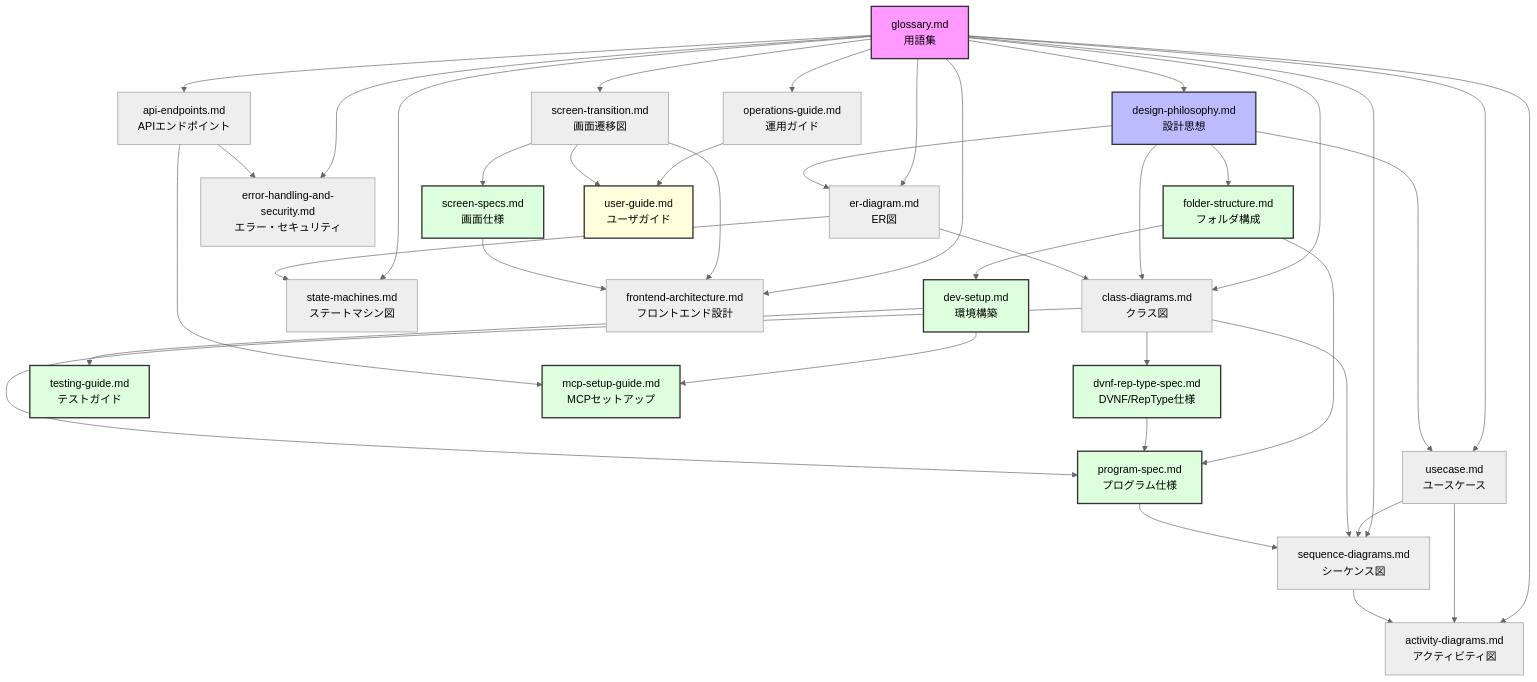
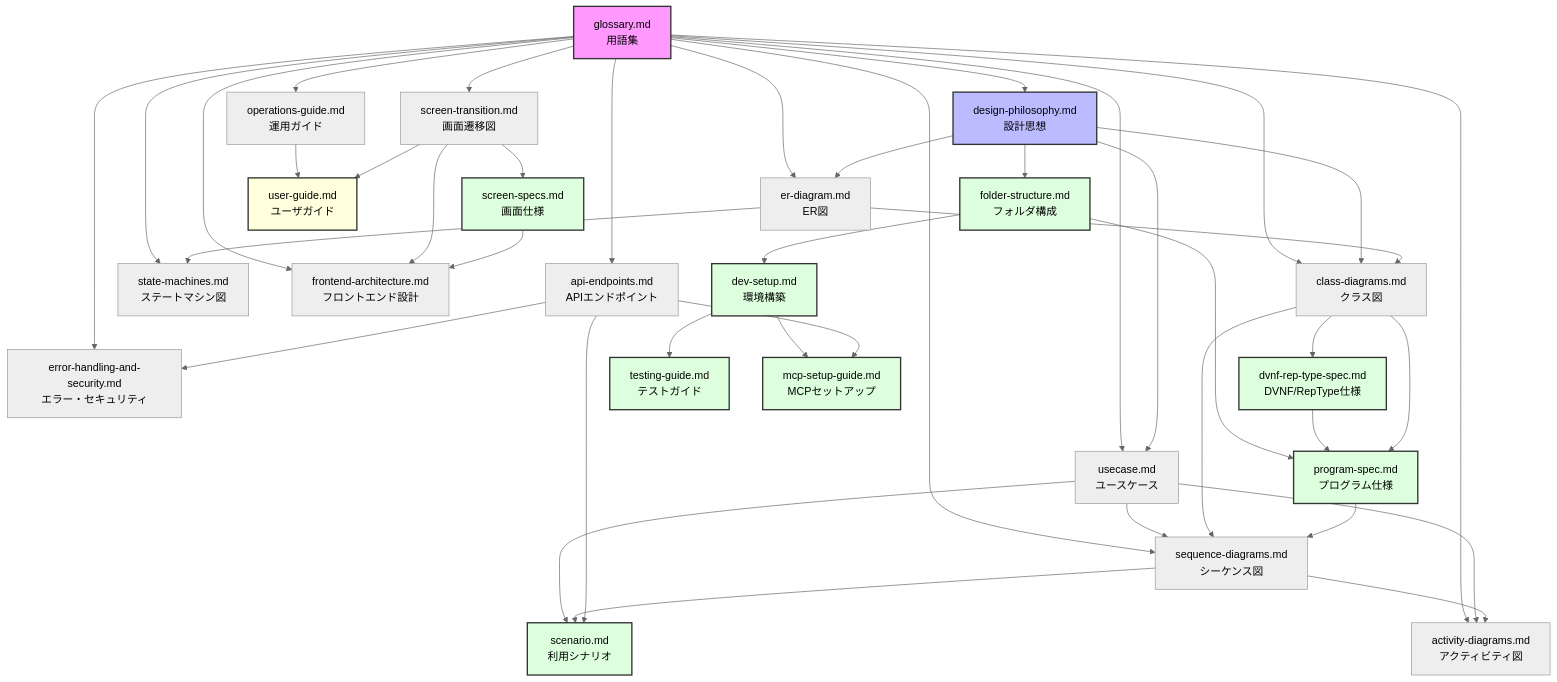
The diagram in documents/reverse/README.md (mt3hr/gkill), drawn with Mermaid (neutral theme) before and after one commit. The commit also changed other lines of this file and 313 other files, not shown here.

````diff
--- a/documents/reverse/README.md
+++ b/documents/reverse/README.md
@@ -77,58 +79,62 @@
 ```mermaid
 graph TD
     A[glossary.md<br/>用語集] --> B[design-philosophy.md<br/>設計思想]
     A --> C[usecase.md<br/>ユースケース]
     A --> D[er-diagram.md<br/>ER図]
     A --> E[class-diagrams.md<br/>クラス図]
     A --> F[sequence-diagrams.md<br/>シーケンス図]
     A --> G[activity-diagrams.md<br/>アクティビティ図]
     A --> H[state-machines.md<br/>ステートマシン図]
     A --> I[screen-transition.md<br/>画面遷移図]
     A --> J[frontend-architecture.md<br/>フロントエンド設計]
     A --> K[api-endpoints.md<br/>APIエンドポイント]
     A --> L[error-handling-and-security.md<br/>エラー・セキュリティ]
     A --> M[operations-guide.md<br/>運用ガイド]
 
     B --> C
     B --> D
     B --> E
     B --> N[folder-structure.md<br/>フォルダ構成]
 
     C --> F
     C --> G
+    C --> V[scenario.md<br/>利用シナリオ]
+    F --> V
+    K --> V
 
     D --> E
     E --> F
     E --> O[dvnf-rep-type-spec.md<br/>DVNF/RepType仕様]
     F --> G
 
     D --> H
 
     I --> J
     I --> P[screen-specs.md<br/>画面仕様]
     P --> J
     K --> L
 
     N --> Q[dev-setup.md<br/>環境構築]
     Q --> T[testing-guide.md<br/>テストガイド]
     Q --> U[mcp-setup-guide.md<br/>MCPセットアップ]
     K --> U
     N --> R[program-spec.md<br/>プログラム仕様]
     O --> R
     E --> R
     R --> F
 
     M --> S[user-guide.md<br/>ユーザガイド]
     I --> S
 
     style A fill:#f9f,stroke:#333,stroke-width:2px
     style B fill:#bbf,stroke:#333,stroke-width:2px
     style N fill:#dfd,stroke:#333,stroke-width:2px
     style O fill:#dfd,stroke:#333,stroke-width:2px
     style P fill:#dfd,stroke:#333,stroke-width:2px
     style Q fill:#dfd,stroke:#333,stroke-width:2px
     style R fill:#dfd,stroke:#333,stroke-width:2px
     style T fill:#dfd,stroke:#333,stroke-width:2px
     style U fill:#dfd,stroke:#333,stroke-width:2px
+    style V fill:#dfd,stroke:#333,stroke-width:2px
     style S fill:#ffd,stroke:#333,stroke-width:2px
 ```
````
